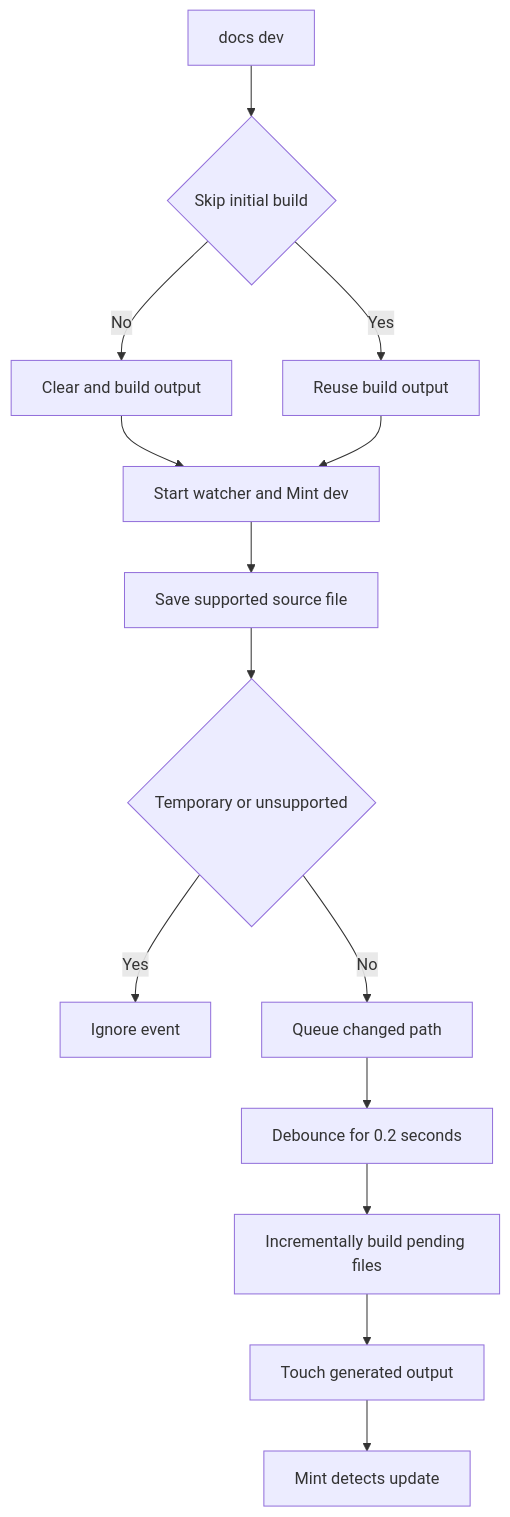
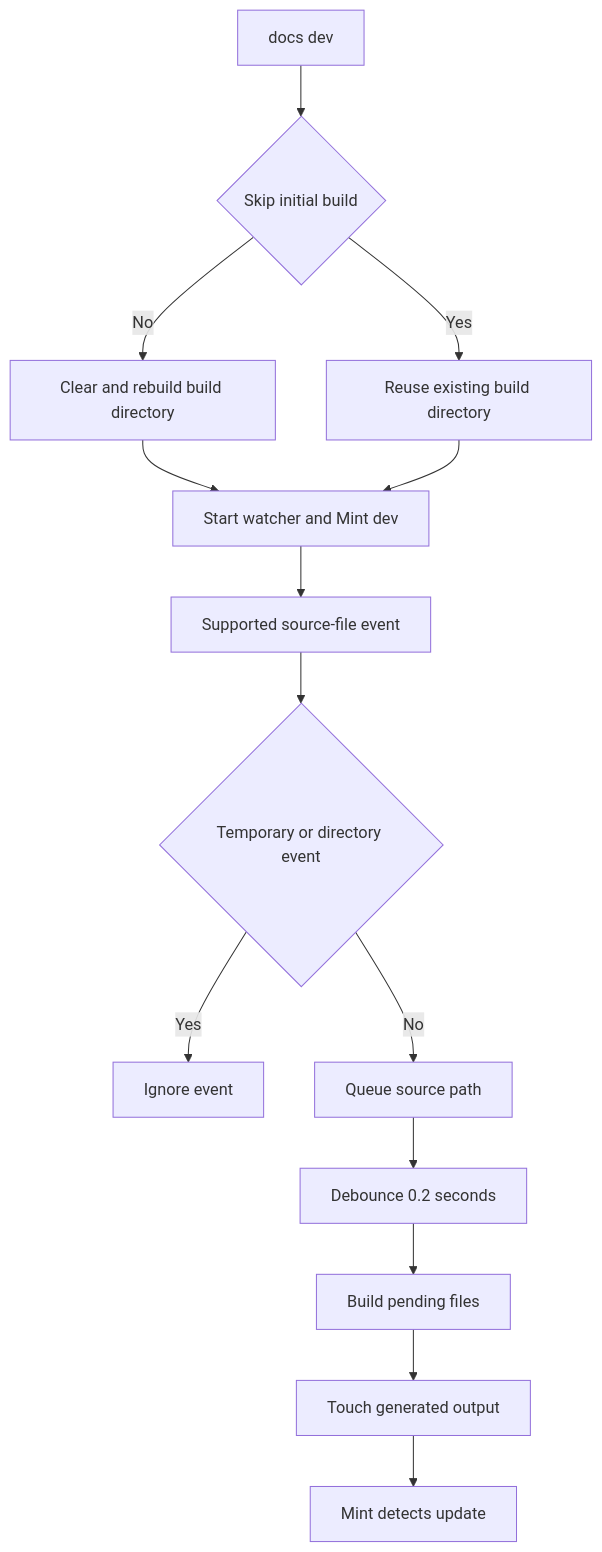
The diagram in openwiki/operations/cli-tools.md (langchain-ai/docs), drawn with Mermaid before and after one commit. The commit also changed other lines of this file and 37 other files, not shown here.

````diff
--- a/openwiki/operations/cli-tools.md
+++ b/openwiki/operations/cli-tools.md
@@ -92,16 +98,16 @@
 ```mermaid
 flowchart TD
-    Start["docs dev"] --> Initial{"Skip initial build"}
-    Initial -->|"No"| Full["Clear and build output"]
-    Initial -->|"Yes"| Existing["Reuse build output"]
+    Start["docs dev"] --> Choice{"Skip initial build"}
+    Choice -->|"No"| Full["Clear and rebuild build directory"]
+    Choice -->|"Yes"| Reuse["Reuse existing build directory"]
     Full --> Services["Start watcher and Mint dev"]
-    Existing --> Services
-    Services --> Edit["Save supported source file"]
-    Edit --> Filter{"Temporary or unsupported"}
+    Reuse --> Services
+    Services --> Change["Supported source-file event"]
+    Change --> Filter{"Temporary or directory event"}
     Filter -->|"Yes"| Ignore["Ignore event"]
-    Filter -->|"No"| Queue["Queue changed path"]
-    Queue --> Delay["Debounce for 0.2 seconds"]
-    Delay --> Rebuild["Incrementally build pending files"]
-    Rebuild --> Touch["Touch generated output"]
-    Touch --> Preview["Mint detects update"]
+    Filter -->|"No"| Queue["Queue source path"]
+    Queue --> Delay["Debounce 0.2 seconds"]
+    Delay --> Incremental["Build pending files"]
+    Incremental --> Touch["Touch generated output"]
+    Touch --> Reload["Mint detects update"]
 ```
````
